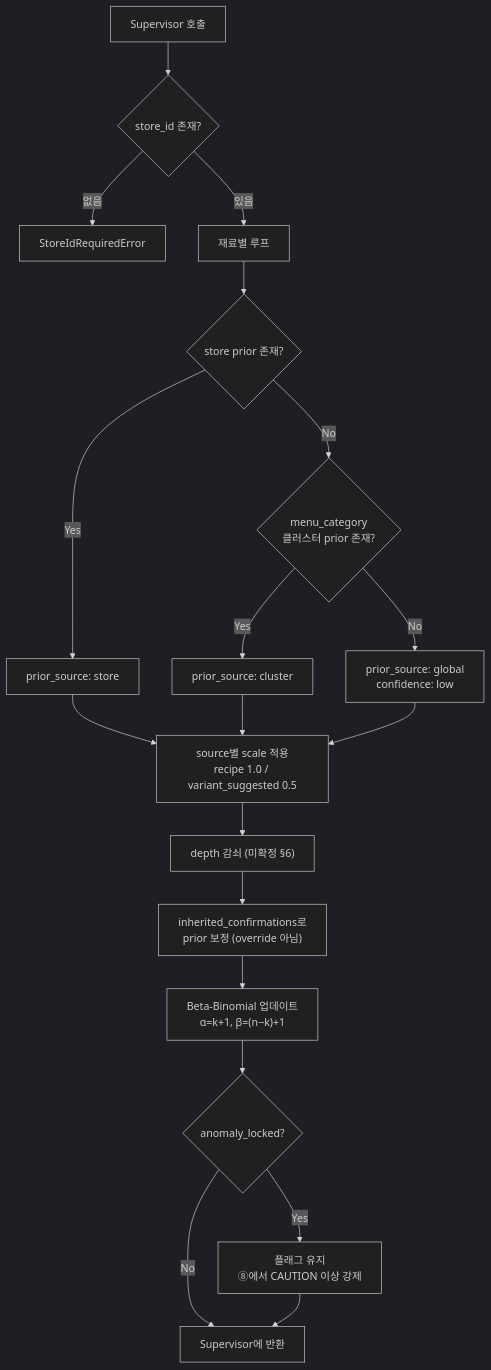
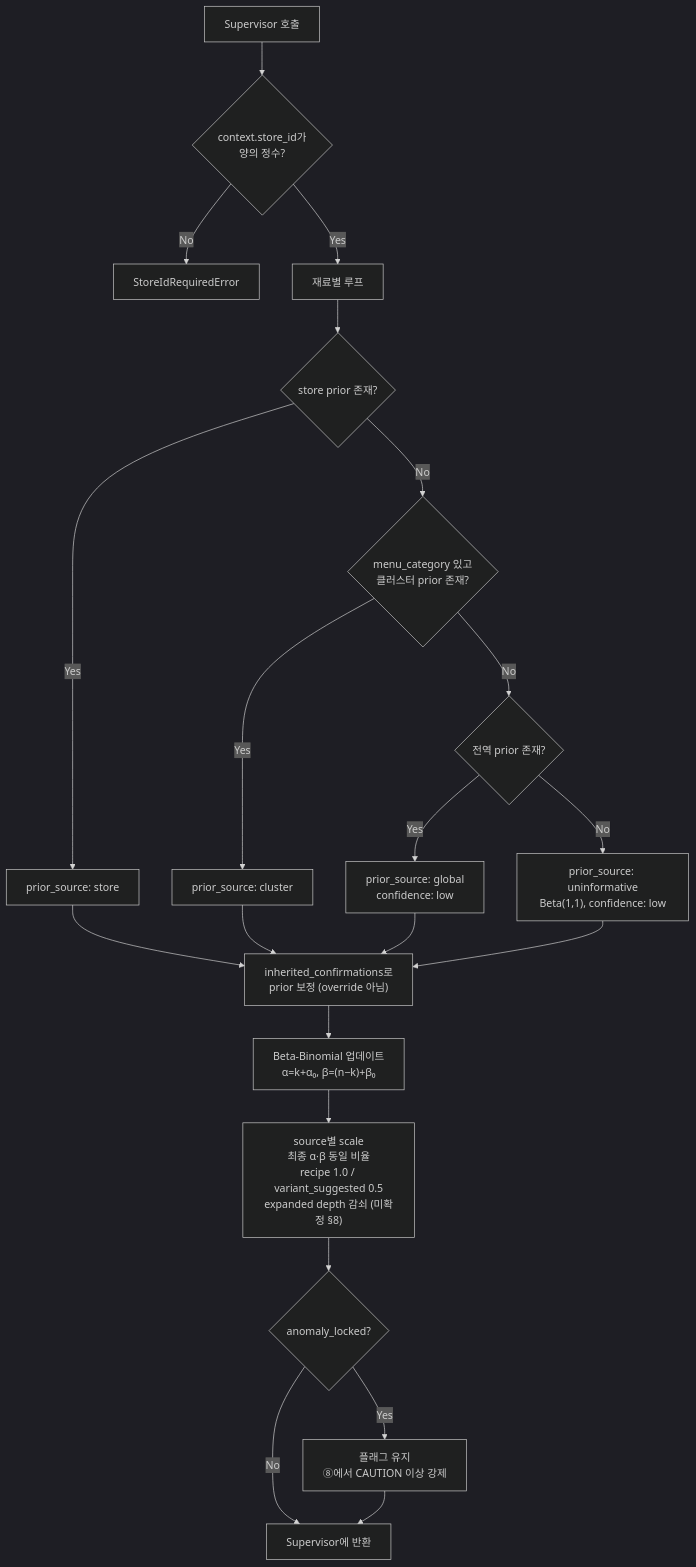
Before and after one commit to Han-Spoon/ai: the diagram in docs/agent-5-Statistics.md, drawn with Mermaid (dark theme). The commit also changed other lines of this file and 2 other files, not shown here.

````diff
--- a/docs/agent-5-Statistics.md
+++ b/docs/agent-5-Statistics.md
@@ -113,24 +134,25 @@
 ```mermaid
 flowchart TD
-    S[Supervisor 호출] --> V{store_id 존재?}
-    V -->|없음| ERR[StoreIdRequiredError]
-    V -->|있음| L[재료별 루프]
+    S[Supervisor 호출] --> V{"context.store_id가<br/>양의 정수?"}
+    V -->|No| ERR[StoreIdRequiredError]
+    V -->|Yes| L[재료별 루프]
 
     L --> P{store prior 존재?}
     P -->|Yes| SP["prior_source: store"]
-    P -->|No| CL{"menu_category<br/>클러스터 prior 존재?"}
+    P -->|No| CL{"menu_category 있고<br/>클러스터 prior 존재?"}
     CL -->|Yes| CP["prior_source: cluster"]
-    CL -->|No| GP["prior_source: global<br/>confidence: low"]
+    CL -->|No| G{"전역 prior 존재?"}
+    G -->|Yes| GP["prior_source: global<br/>confidence: low"]
+    G -->|No| UP["prior_source: uninformative<br/>Beta(1,1), confidence: low"]
 
-    SP --> SRC["source별 scale 적용<br/>recipe 1.0 / variant_suggested 0.5"]
-    CP --> SRC
-    GP --> SRC
-
-    SRC --> DEP["depth 감쇠 (미확정 §6)"]
-    DEP --> INH["inherited_confirmations로<br/>prior 보정 (override 아님)"]
-    INH --> BB["Beta-Binomial 업데이트<br/>α=k+1, β=(n−k)+1"]
-    BB --> LOCK{"anomaly_locked?"}
+    SP --> INH["inherited_confirmations로<br/>prior 보정 (override 아님)"]
+    CP --> INH
+    GP --> INH
+    UP --> INH
+    INH --> BB["Beta-Binomial 업데이트<br/>α=k+α₀, β=(n−k)+β₀"]
+    BB --> SRC["source별 scale<br/>최종 α·β 동일 비율<br/>recipe 1.0 / variant_suggested 0.5<br/>expanded depth 감쇠 (미확정 §8)"]
+    SRC --> LOCK{"anomaly_locked?"}
     LOCK -->|Yes| MARK["플래그 유지<br/>⑧에서 CAUTION 이상 강제"]
     LOCK -->|No| OUT[Supervisor에 반환]
     MARK --> OUT
 ```
````
